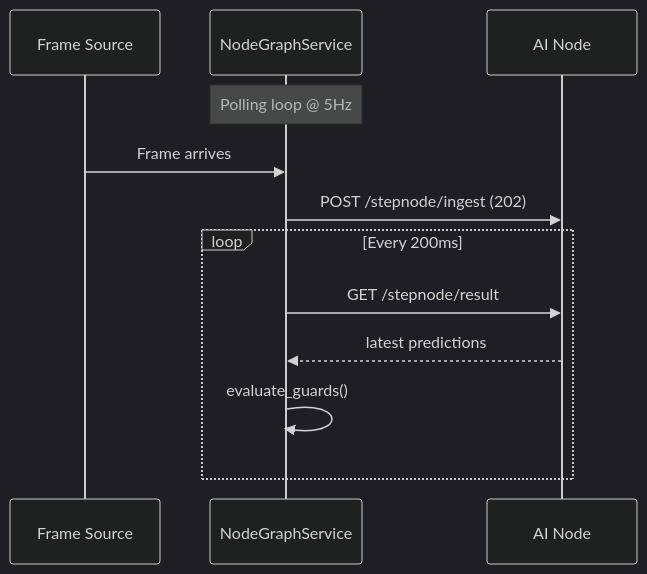
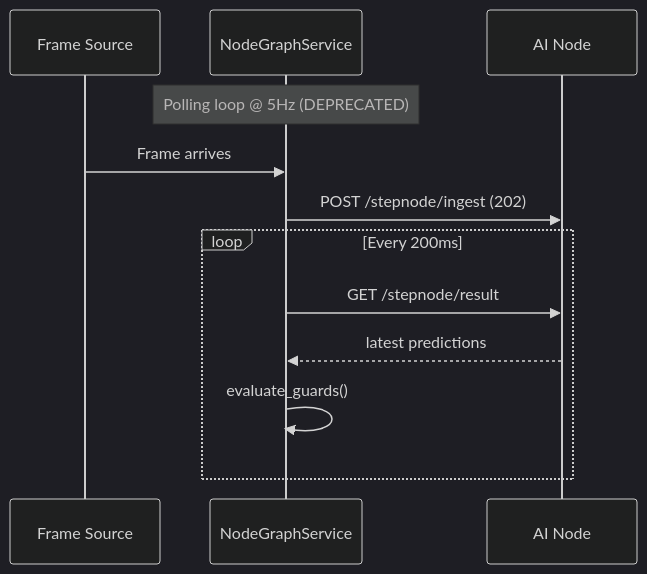
The third of 3 diagrams in docs/NODEGRAPH_PROCEDURE.md (AugmentedCamel/oneshot-copilot), drawn with Mermaid (dark theme) before and after one commit. The commit also changed other lines of this file and 15 other files, not shown here.

````diff
--- a/docs/NODEGRAPH_PROCEDURE.md
+++ b/docs/NODEGRAPH_PROCEDURE.md
@@ -210,17 +316,17 @@
 ```mermaid
 sequenceDiagram
     participant FS as Frame Source
     participant NGS as NodeGraphService
     participant AI as AI Node
     
-    Note over NGS: Polling loop @ 5Hz
+    Note over NGS: Polling loop @ 5Hz (DEPRECATED)
     
     FS->>NGS: Frame arrives
     NGS->>AI: POST /stepnode/ingest (202)
     
     loop Every 200ms
         NGS->>AI: GET /stepnode/result
         AI-->>NGS: latest predictions
         NGS->>NGS: evaluate_guards()
     end
 ```
````
